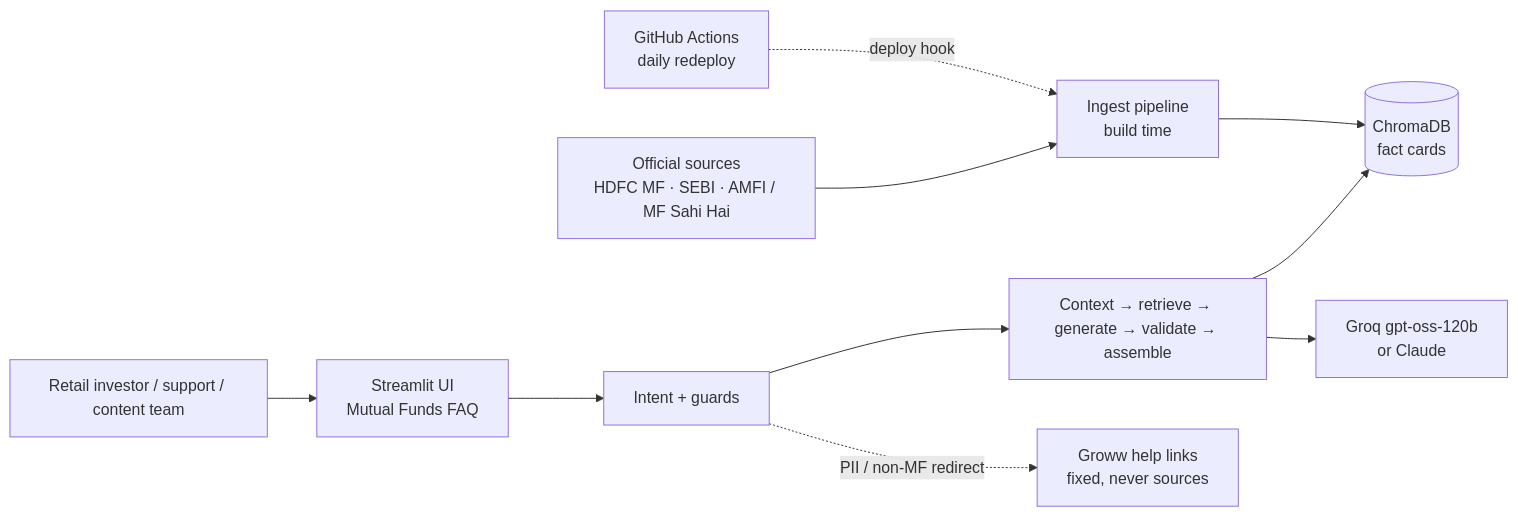
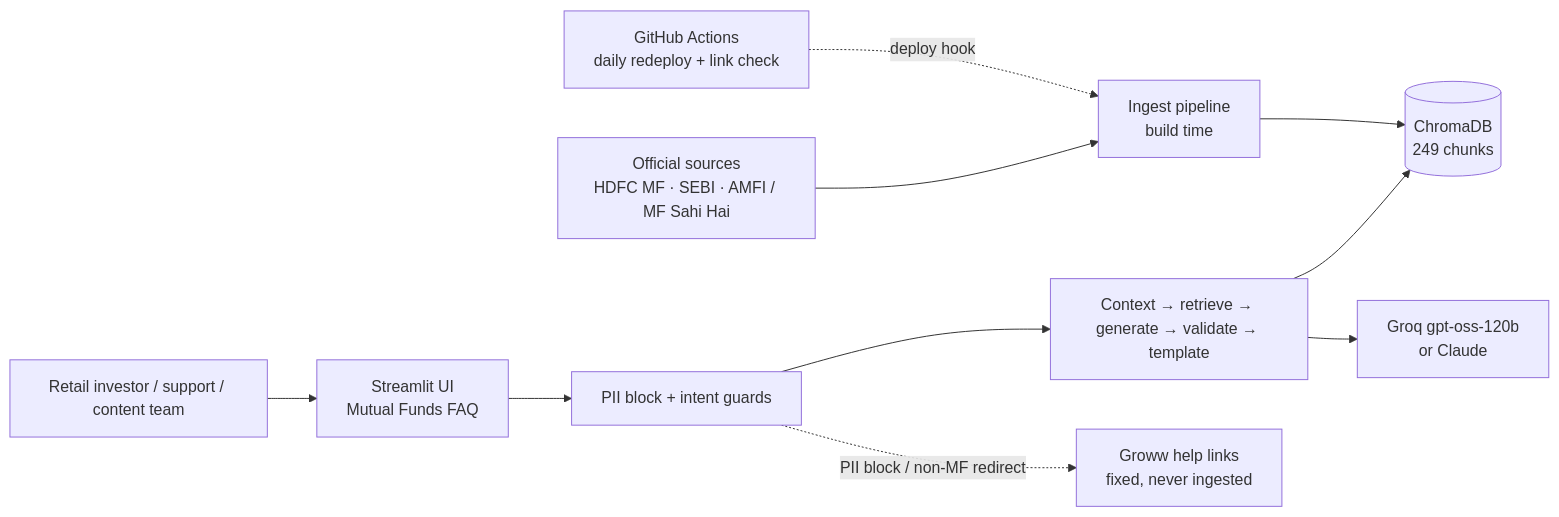
Before and after one commit to ngm76/HDFC-chatbot: the first of 3 diagrams in docs/architecture.md, drawn with Mermaid. The commit also changed other lines of this file and 16 other files, not shown here.

Commit message:
Phases 20-21: 200-query golden set and evaluator, guard fixes it found, README, architecture v3, sample Q&A, eval notes

````diff
--- a/docs/architecture.md
+++ b/docs/architecture.md
@@ -41,20 +37,20 @@
 ```mermaid
 flowchart LR
   User[Retail investor / support / content team]
   UI[Streamlit UI<br/>Mutual Funds FAQ]
-  Guards[Intent + guards]
-  RAG[Context → retrieve → generate → validate → assemble]
-  Chroma[(ChromaDB<br/>fact cards)]
+  Guards[PII block + intent guards]
+  RAG[Context → retrieve → generate → validate → template]
+  Chroma[(ChromaDB<br/>249 chunks)]
   LLM[Groq gpt-oss-120b<br/>or Claude]
   Official[Official sources<br/>HDFC MF · SEBI · AMFI / MF Sahi Hai]
   Ingest[Ingest pipeline<br/>build time]
-  Help[Groww help links<br/>fixed, never sources]
-  Refresh[GitHub Actions<br/>daily redeploy]
+  Help[Groww help links<br/>fixed, never ingested]
+  Daily[GitHub Actions<br/>daily redeploy + link check]
 
   User --> UI --> Guards --> RAG
   RAG --> Chroma
   RAG --> LLM
-  Guards -.->|PII / non-MF redirect| Help
+  Guards -.->|PII block / non-MF redirect| Help
   Official --> Ingest --> Chroma
-  Refresh -.->|deploy hook| Ingest
+  Daily -.->|deploy hook| Ingest
 ```
````
